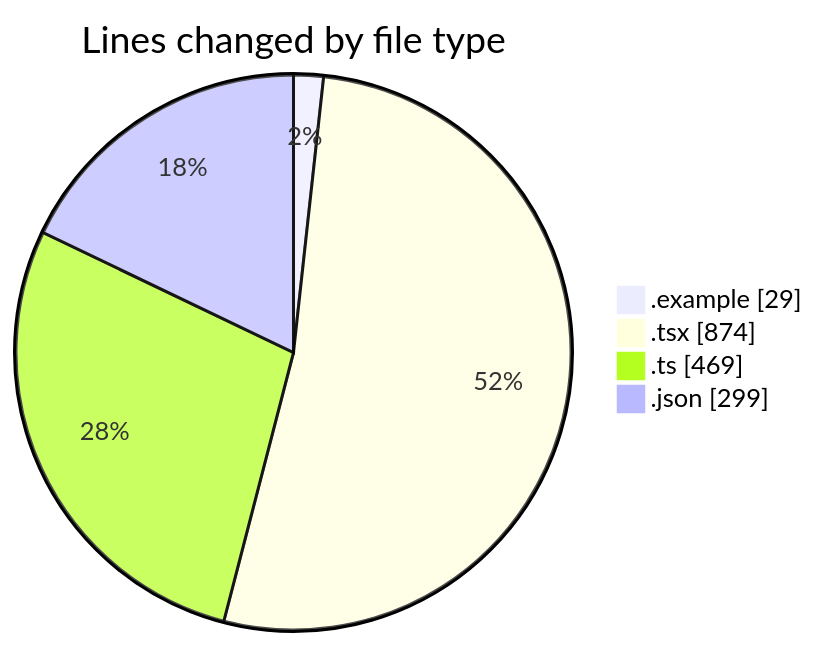
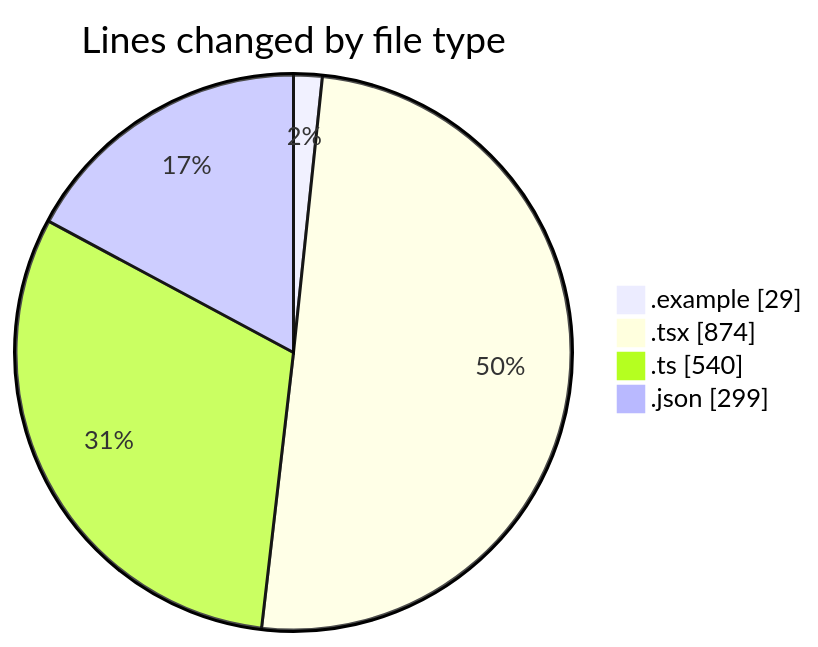
Before and after one commit to julien-gomy/code-tracking: the first of 2 diagrams in 2025-11-16/eventscop-frontend-guide__workspace_/README.md, drawn with Mermaid. The commit also changed other lines of this file and 1 other file, not shown here.

````diff
--- a/2025-11-16/eventscop-frontend-guide__workspace_/README.md
+++ b/2025-11-16/eventscop-frontend-guide__workspace_/README.md
@@ -33,8 +33,8 @@
 ```mermaid
 pie showData
 title Lines changed by file type
 ".example" : 29
 ".tsx" : 874
-".ts" : 469
+".ts" : 540
 ".json" : 299
 ```
````
